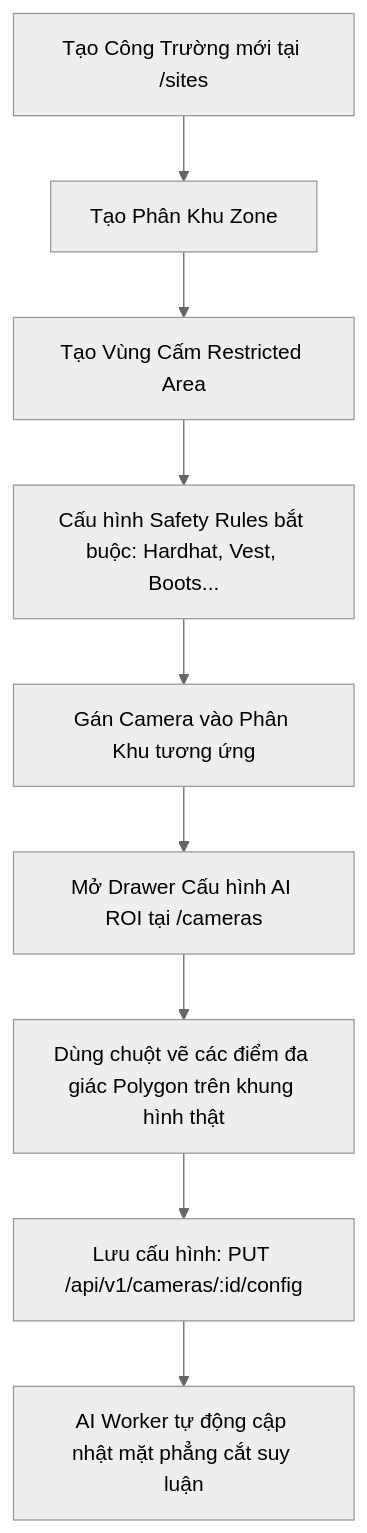
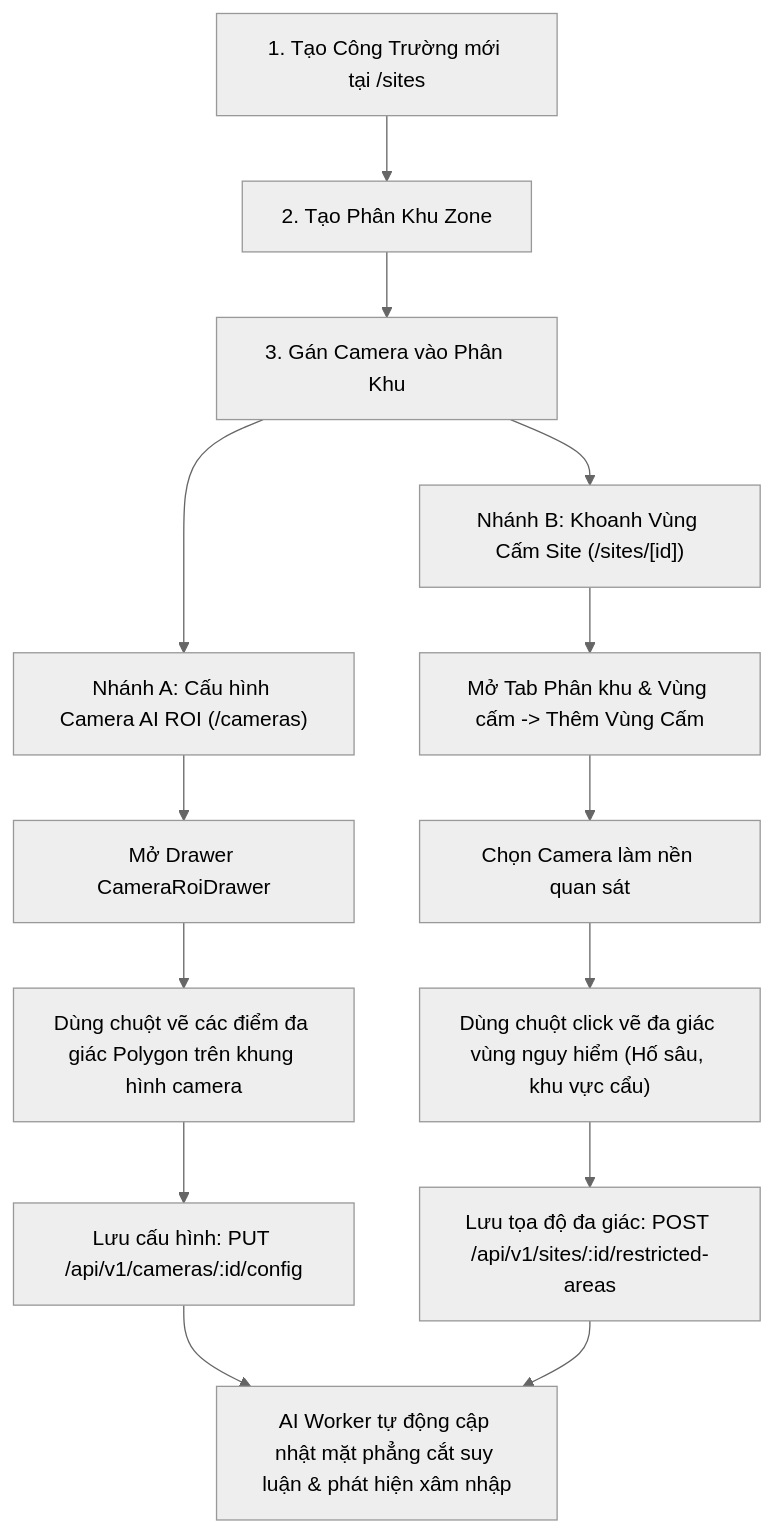
The seventh of 8 diagrams in docs/tester/01-system-overview.md (TraDeThuong/fe-ppe), drawn with Mermaid (neutral theme) before and after one commit. The commit also changed other lines of this file and 8 other files, not shown here.

````diff
--- a/docs/tester/01-system-overview.md
+++ b/docs/tester/01-system-overview.md
@@ -212,11 +248,18 @@
 ```mermaid
 flowchart TD
-    S1[Tạo Công Trường mới tại /sites] --> S2[Tạo Phân Khu Zone]
-    S2 --> S3[Tạo Vùng Cấm Restricted Area]
-    S3 --> S4[Cấu hình Safety Rules bắt buộc: Hardhat, Vest, Boots...]
-    S4 --> C1[Gán Camera vào Phân Khu tương ứng]
-    C1 --> C2[Mở Drawer Cấu hình AI ROI tại /cameras]
-    C2 --> C3[Dùng chuột vẽ các điểm đa giác Polygon trên khung hình thật]
-    C3 --> C4[Lưu cấu hình: PUT /api/v1/cameras/:id/config]
-    C4 --> C5[AI Worker tự động cập nhật mặt phẳng cắt suy luận]
+    S1["1. Tạo Công Trường mới tại /sites"] --> S2["2. Tạo Phân Khu Zone"]
+    S2 --> S3["3. Gán Camera vào Phân Khu"]
+    
+    S3 --> C1["Nhánh A: Cấu hình Camera AI ROI (/cameras)"]
+    C1 --> C2["Mở Drawer CameraRoiDrawer"]
+    C2 --> C3["Dùng chuột vẽ các điểm đa giác Polygon trên khung hình camera"]
+    C3 --> C4["Lưu cấu hình: PUT /api/v1/cameras/:id/config"]
+    
+    S3 --> D1["Nhánh B: Khoanh Vùng Cấm Site (/sites/[id])"]
+    D1 --> D2["Mở Tab Phân khu & Vùng cấm -> Thêm Vùng Cấm"]
+    D2 --> D3["Chọn Camera làm nền quan sát"]
+    D3 --> D4["Dùng chuột click vẽ đa giác vùng nguy hiểm (Hố sâu, khu vực cẩu)"]
+    D4 --> D5["Lưu tọa độ đa giác: POST /api/v1/sites/:id/restricted-areas"]
+    
+    C4 & D5 --> AI_SYNC["AI Worker tự động cập nhật mặt phẳng cắt suy luận & phát hiện xâm nhập"]
 ```
````
